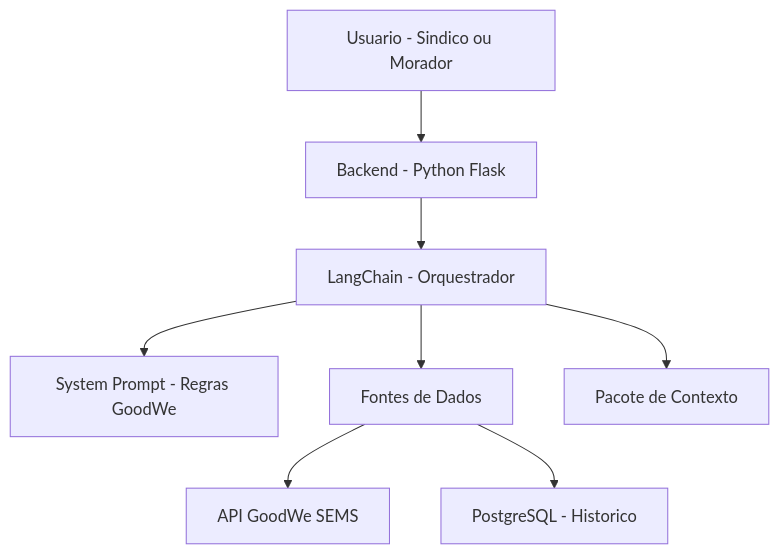
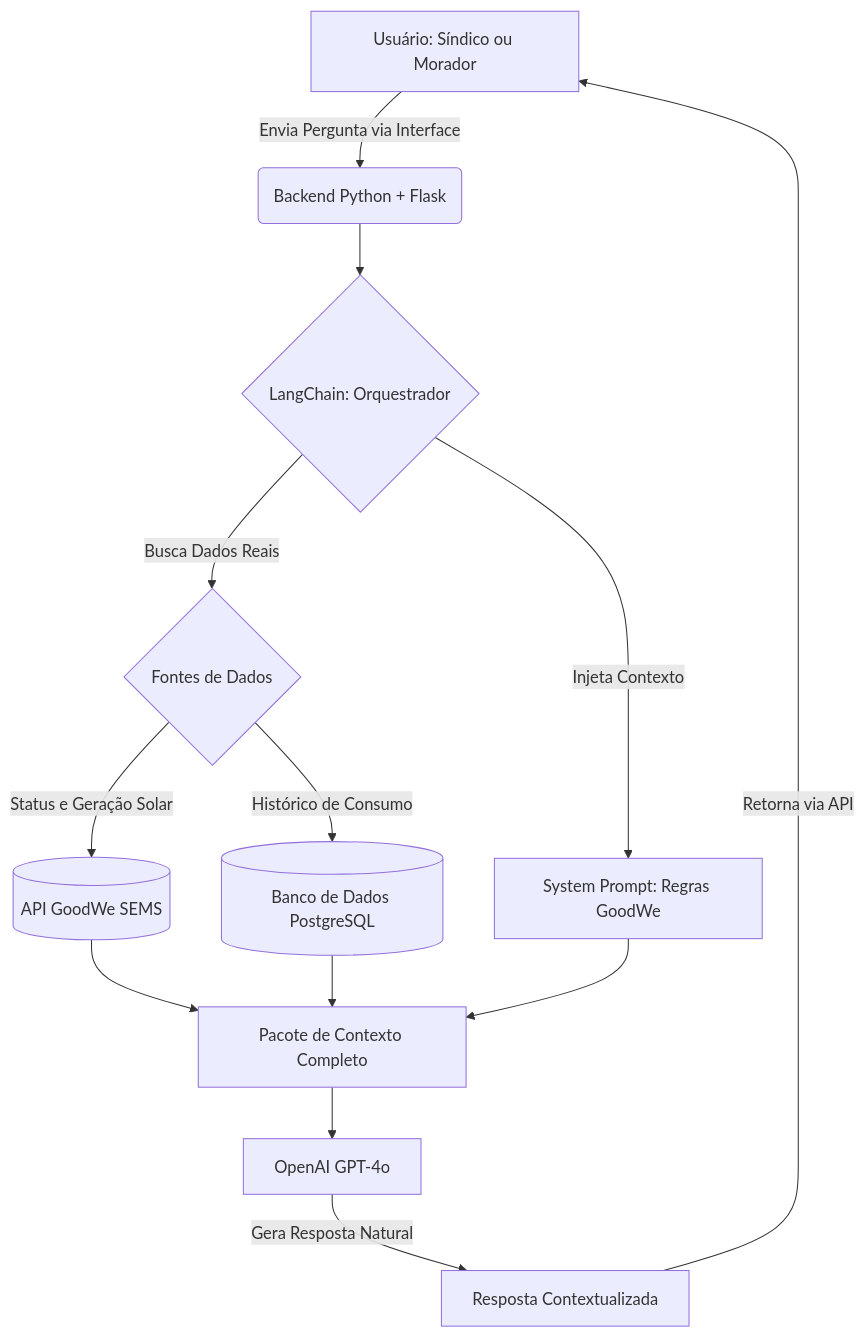
Before and after one commit to pedrosampaiom2007-gif/Sprint-1-Hercules: the diagram in README.md, drawn with Mermaid. The commit also changed other lines of this file, not shown here.

````diff
--- a/README.md
+++ b/README.md
@@ -76,20 +80,15 @@
 ```mermaid
 graph TD
-
-A["Usuario - Sindico ou Morador"]
-B["Backend - Python Flask"]
-C["LangChain - Orquestrador"]
-D["System Prompt - Regras GoodWe"]
-E["Fontes de Dados"]
-F["API GoodWe SEMS"]
-G["PostgreSQL - Historico"]
-H["Pacote de Contexto"]
-
-A --> B
-B --> C
-C --> D
-C --> E
-E --> F
-E --> G
-C --> H
+    A[Usuário: Síndico ou Morador] -->|Envia Pergunta via Interface| B(Backend Python + Flask)
+    B --> C{LangChain: Orquestrador}
+    C -->|Injeta Contexto| D[System Prompt: Regras GoodWe]
+    C -->|Busca Dados Reais| E{Fontes de Dados}
+    E -->|Status e Geração Solar| F[(API GoodWe SEMS)]
+    E -->|Histórico de Consumo| G[(Banco de Dados PostgreSQL)]
+    F --> H[Pacote de Contexto Completo]
+    G --> H
+    D --> H
+    H --> I[OpenAI GPT-4o]
+    I -->|Gera Resposta Natural| J[Resposta Contextualizada]
+    J -->|Retorna via API| A
 ```
````
